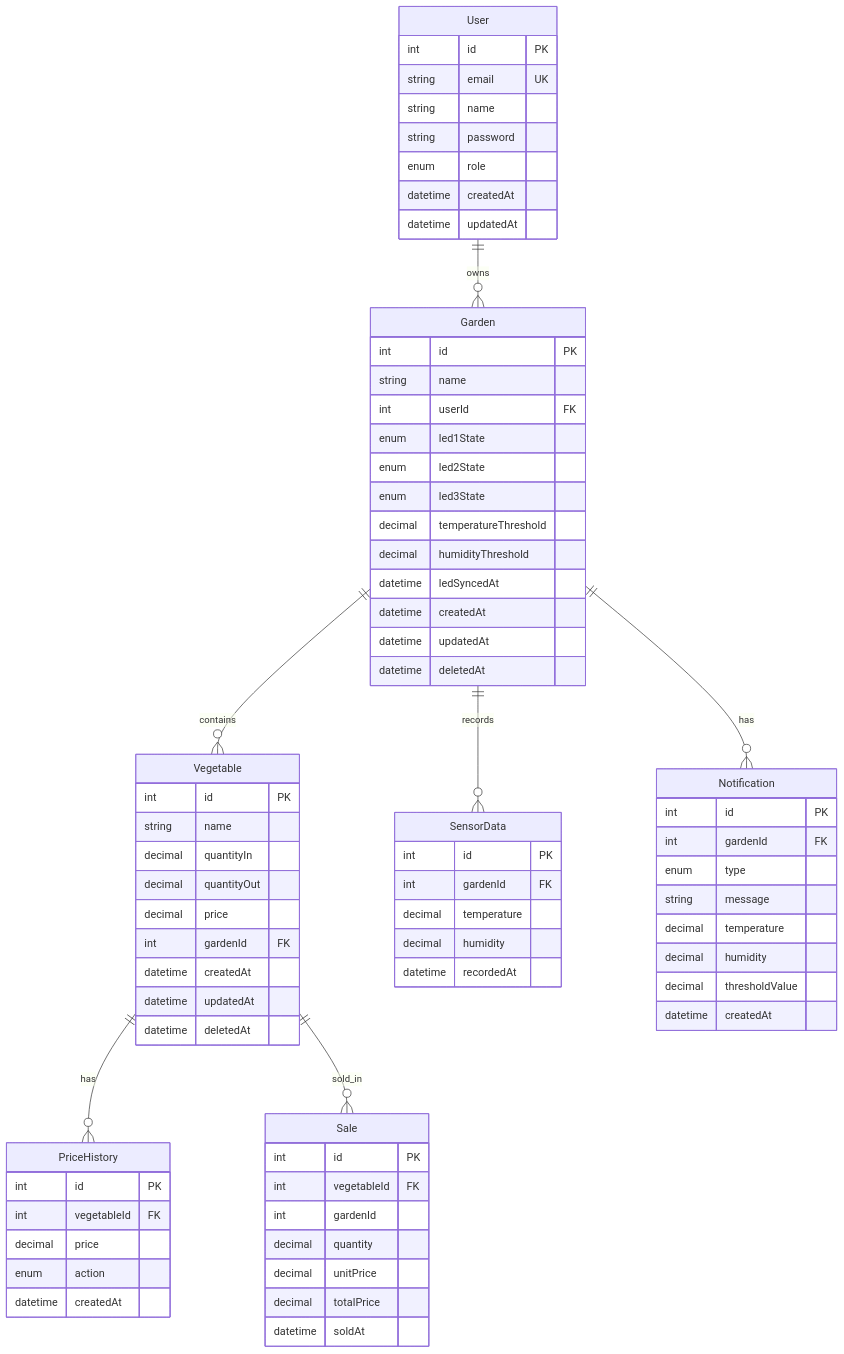
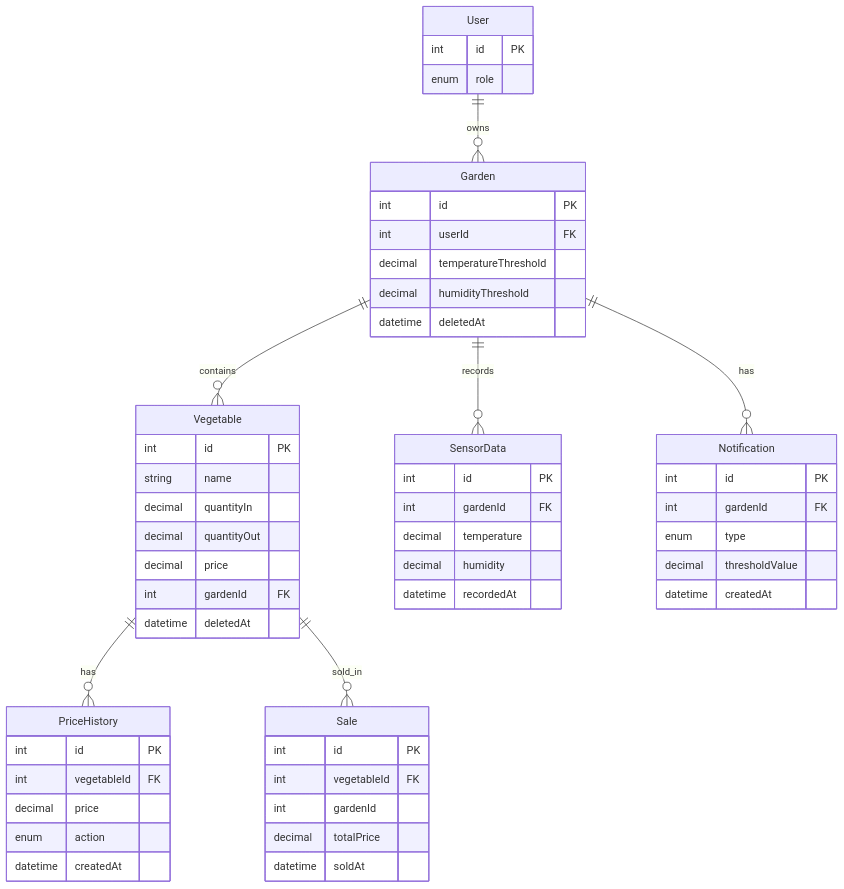
One commit to deadnah2/IOTgarden_SongNam changed the diagram in README.md. Above: the diagram before and after it, drawn with Mermaid. The commit also changed other lines of this file, not shown here.

Commit message:
docs: simplify erd for github rendering

```diff
--- a/README.md
+++ b/README.md
@@ -128,26 +128,14 @@
 
     User {
         int id PK
-        string email UK
-        string name
-        string password
         enum role
-        datetime createdAt
-        datetime updatedAt
     }
 
     Garden {
         int id PK
-        string name
         int userId FK
-        enum led1State
-        enum led2State
-        enum led3State
         decimal temperatureThreshold
         decimal humidityThreshold
-        datetime ledSyncedAt
-        datetime createdAt
-        datetime updatedAt
         datetime deletedAt
     }
 
@@ -158,8 +146,6 @@
         decimal quantityOut
         decimal price
         int gardenId FK
-        datetime createdAt
-        datetime updatedAt
         datetime deletedAt
     }
 
@@ -175,8 +161,6 @@
         int id PK
         int vegetableId FK
         int gardenId
-        decimal quantity
-        decimal unitPrice
         decimal totalPrice
         datetime soldAt
     }
@@ -193,9 +177,6 @@
         int id PK
         int gardenId FK
         enum type
-        string message
-        decimal temperature
-        decimal humidity
         decimal thresholdValue
         datetime createdAt
     }
```
